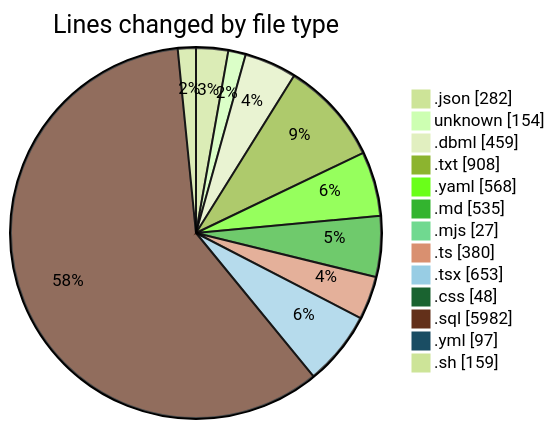
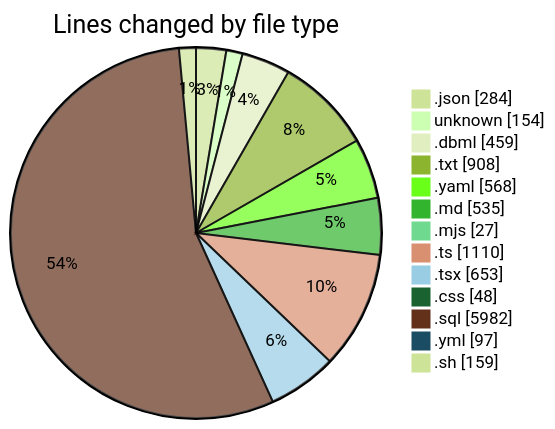
Before and after one commit to mevix1/code-tracking: the first of 2 diagrams in 2025-10-02/oura-api/README.md, drawn with Mermaid (forest theme). The commit also changed other lines of this file and 1 other file, not shown here.

````diff
--- a/2025-10-02/oura-api/README.md
+++ b/2025-10-02/oura-api/README.md
@@ -78,17 +80,17 @@
 ```mermaid
 pie showData
 title Lines changed by file type
-".json" : 282
+".json" : 284
 "unknown" : 154
 ".dbml" : 459
 ".txt" : 908
 ".yaml" : 568
 ".md" : 535
 ".mjs" : 27
-".ts" : 380
+".ts" : 1110
 ".tsx" : 653
 ".css" : 48
 ".sql" : 5982
 ".yml" : 97
 ".sh" : 159
 ```
````
